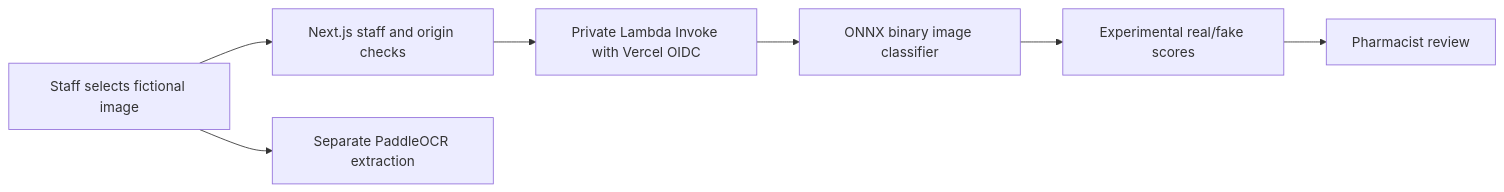
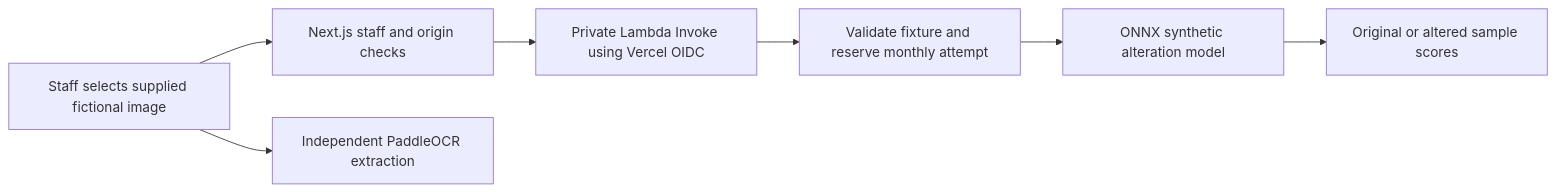
The diagram in docs/prescription-classifier-aws.md (RoyianChow/pharmacy-assistant-capstone), drawn with Mermaid before and after one commit. The commit also changed other lines of this file and 27 other files, not shown here.

Commit message:
Add synthetic prescription alteration demo with monthly inference guard

````diff
--- a/docs/prescription-classifier-aws.md
+++ b/docs/prescription-classifier-aws.md
@@ -17,9 +55,9 @@
 ```mermaid
 flowchart LR
-  A[Staff selects fictional image] --> B[Next.js staff and origin checks]
-  B --> C[Private Lambda Invoke with Vercel OIDC]
-  C --> D[ONNX binary image classifier]
-  D --> E[Experimental real/fake scores]
-  E --> F[Pharmacist review]
-  A --> G[Separate PaddleOCR extraction]
+  A[Staff selects supplied fictional image] --> B[Next.js staff and origin checks]
+  B --> C[Private Lambda Invoke using Vercel OIDC]
+  C --> D[Validate fixture and reserve monthly attempt]
+  D --> E[ONNX synthetic alteration model]
+  E --> F[Original or altered sample scores]
+  A --> G[Independent PaddleOCR extraction]
 ```
````
